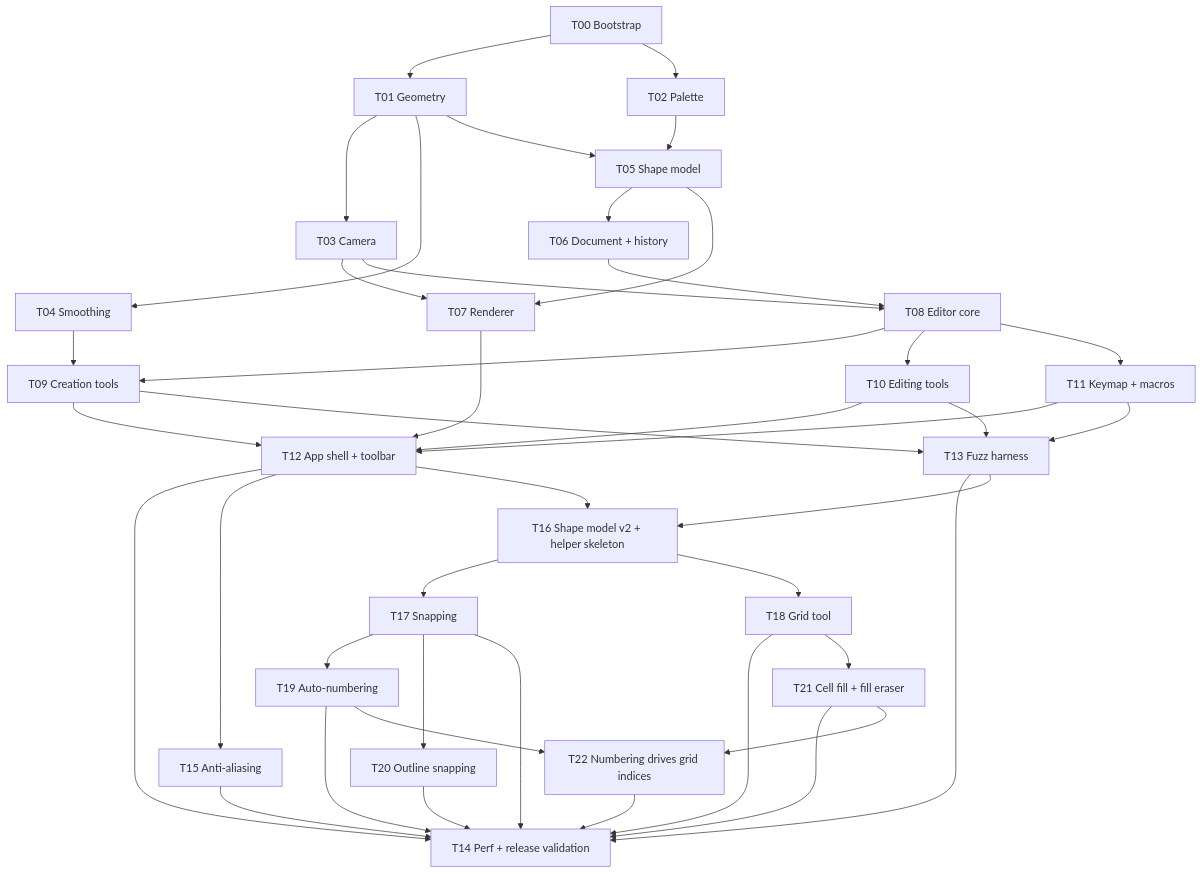
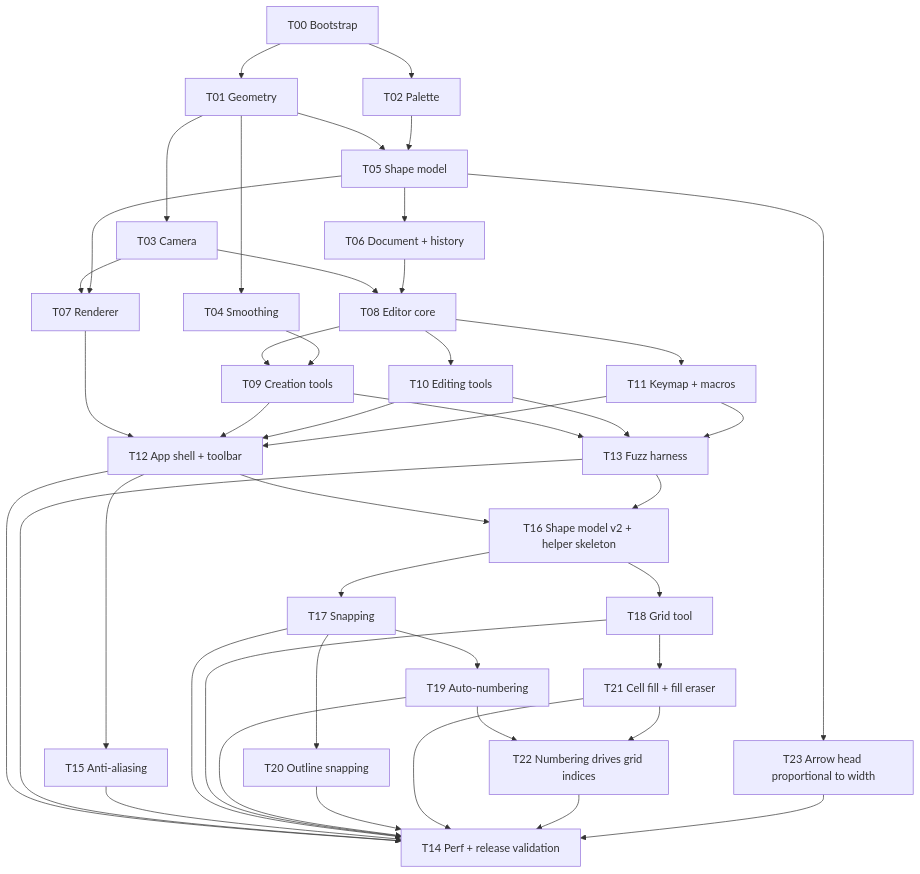
One commit to UmBender/draw changed the diagram in docs/tasks/Task Board.md. Above: the diagram before and after it, drawn with Mermaid. The commit also changed other lines of this file and 1 other file, not shown here.

Commit message:
docs: add T23 task note for the arrow head fix

````diff
--- a/docs/tasks/Task Board.md
+++ b/docs/tasks/Task Board.md
@@ -12,44 +12,46 @@
 ```mermaid
 flowchart TD
   T00[T00 Bootstrap] --> T01[T01 Geometry]
   T00 --> T02[T02 Palette]
   T01 --> T03[T03 Camera]
   T01 --> T04[T04 Smoothing]
   T01 --> T05[T05 Shape model]
   T02 --> T05
   T05 --> T06[T06 Document + history]
   T03 --> T07[T07 Renderer]
   T05 --> T07
   T03 --> T08[T08 Editor core]
   T06 --> T08
   T08 --> T09[T09 Creation tools]
   T04 --> T09
   T08 --> T10[T10 Editing tools]
   T08 --> T11[T11 Keymap + macros]
   T07 --> T12[T12 App shell + toolbar]
   T09 --> T12
   T10 --> T12
   T11 --> T12
   T09 --> T13[T13 Fuzz harness]
   T10 --> T13
   T11 --> T13
   T12 --> T14[T14 Perf + release validation]
   T13 --> T14
   T12 --> T15[T15 Anti-aliasing]
   T12 --> T16[T16 Shape model v2 + helper skeleton]
   T13 --> T16
   T16 --> T17[T17 Snapping]
   T16 --> T18[T18 Grid tool]
   T17 --> T19[T19 Auto-numbering]
   T17 --> T20[T20 Outline snapping]
   T15 --> T14
   T17 --> T14
   T18 --> T14
   T19 --> T14
   T20 --> T14
   T18 --> T21[T21 Cell fill + fill eraser]
   T21 --> T14
   T19 --> T22[T22 Numbering drives grid indices]
   T21 --> T22
   T22 --> T14
+  T05 --> T23[T23 Arrow head proportional to width]
+  T23 --> T14
 ```
````
